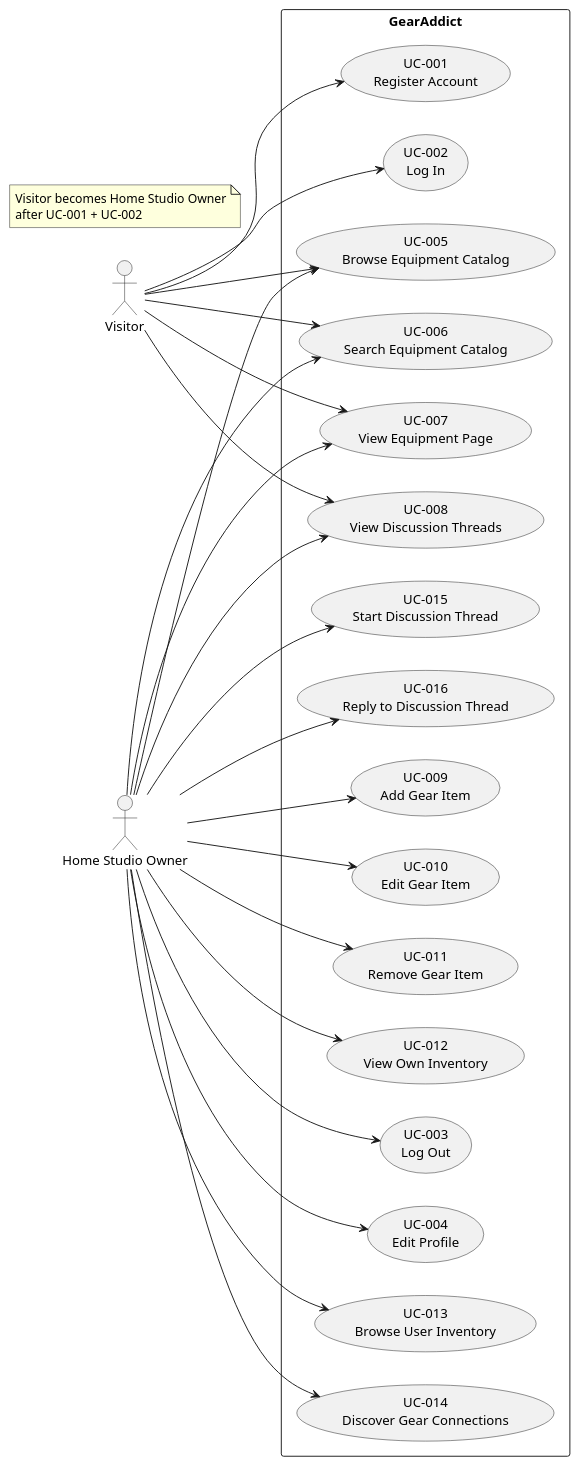
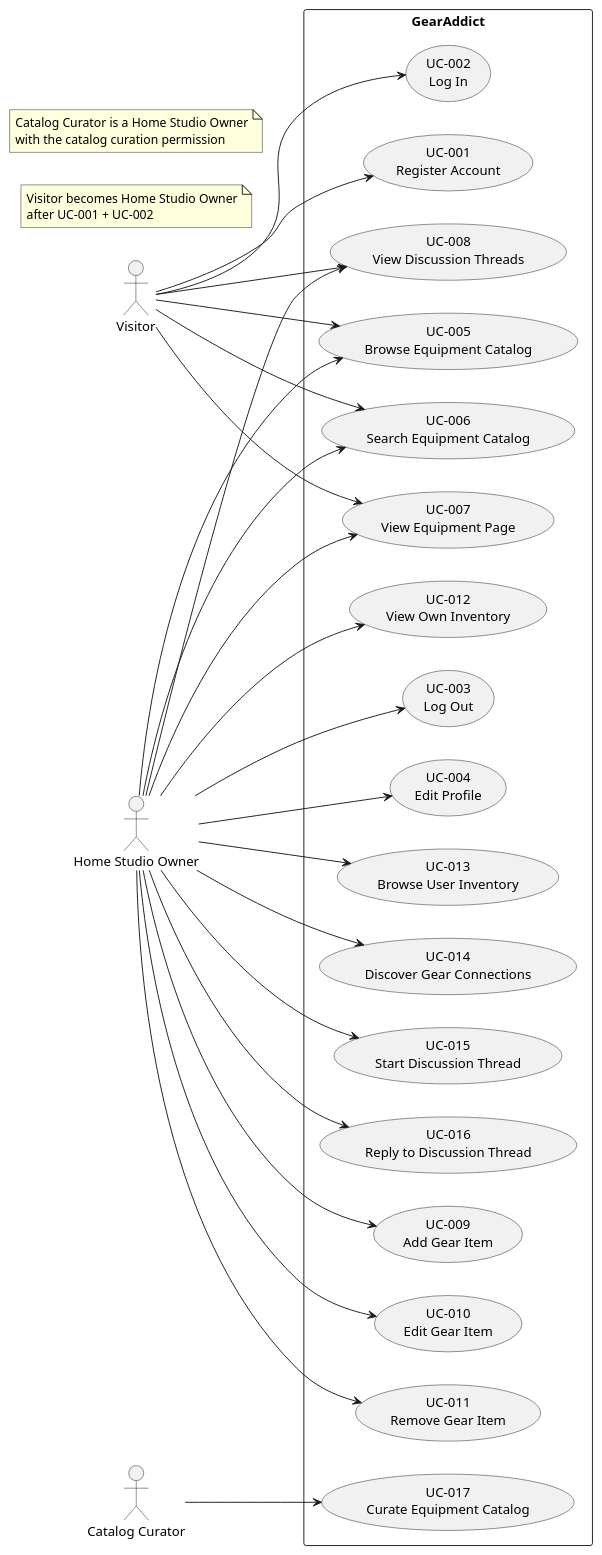
The diagram in docs/use-case-diagram.puml (mrwylan/gearaddict), drawn with PlantUML before and after one commit. The commit also changed 14 other files, not shown here.

Commit message:
implemented thread dialog and addec UC-017 for gear equipment catalog maintenance

```diff
--- a/docs/use-case-diagram.puml
+++ b/docs/use-case-diagram.puml
@@ -1,50 +1,55 @@
 @startuml Use Cases Overview
 left to right direction
 
 actor "Visitor" as visitor
 actor "Home Studio Owner" as owner
+actor "Catalog Curator" as curator
 
 rectangle "GearAddict" {
     usecase "UC-001\nRegister Account" as UC001
     usecase "UC-002\nLog In" as UC002
     usecase "UC-003\nLog Out" as UC003
     usecase "UC-004\nEdit Profile" as UC004
     usecase "UC-005\nBrowse Equipment Catalog" as UC005
     usecase "UC-006\nSearch Equipment Catalog" as UC006
     usecase "UC-007\nView Equipment Page" as UC007
     usecase "UC-008\nView Discussion Threads" as UC008
     usecase "UC-009\nAdd Gear Item" as UC009
     usecase "UC-010\nEdit Gear Item" as UC010
     usecase "UC-011\nRemove Gear Item" as UC011
     usecase "UC-012\nView Own Inventory" as UC012
     usecase "UC-013\nBrowse User Inventory" as UC013
     usecase "UC-014\nDiscover Gear Connections" as UC014
     usecase "UC-015\nStart Discussion Thread" as UC015
     usecase "UC-016\nReply to Discussion Thread" as UC016
+    usecase "UC-017\nCurate Equipment Catalog" as UC017
 }
 
 visitor --> UC001
 visitor --> UC002
 visitor --> UC005
 visitor --> UC006
 visitor --> UC007
 visitor --> UC008
 
 owner --> UC003
 owner --> UC004
 owner --> UC005
 owner --> UC006
 owner --> UC007
 owner --> UC008
 owner --> UC009
 owner --> UC010
 owner --> UC011
 owner --> UC012
 owner --> UC013
 owner --> UC014
 owner --> UC015
 owner --> UC016
 
+curator --> UC017
+
 note "Visitor becomes Home Studio Owner\nafter UC-001 + UC-002" as N1
+note "Catalog Curator is a Home Studio Owner\nwith the catalog curation permission" as N2
 
 @enduml
```
